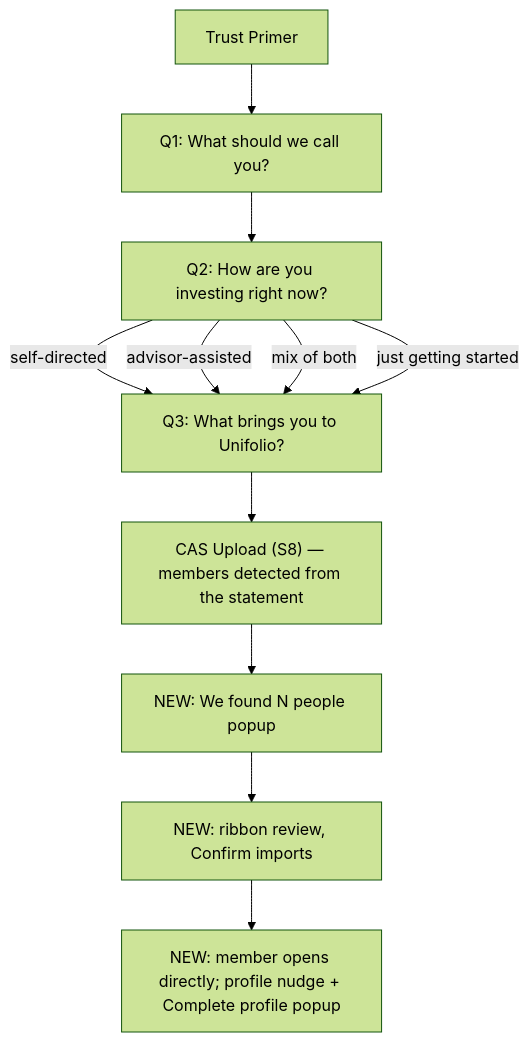
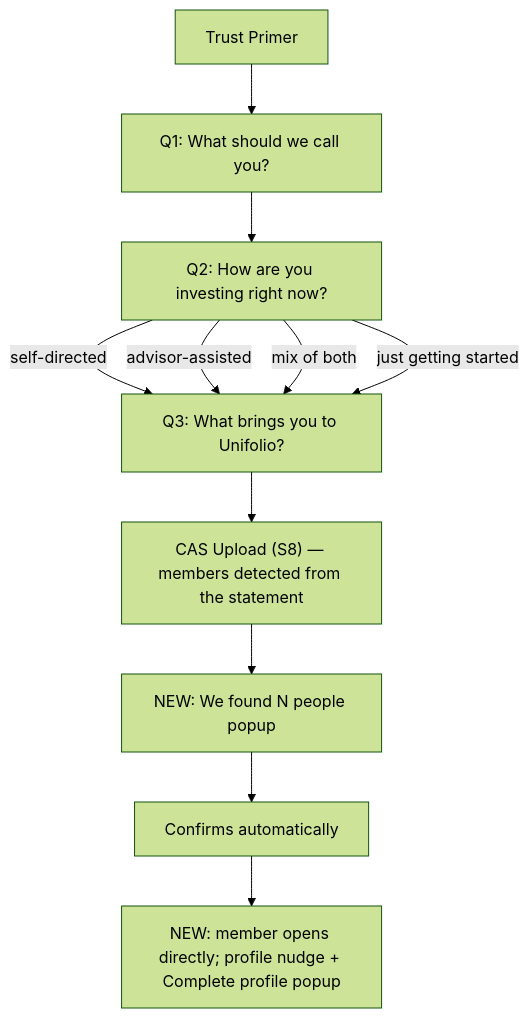
Before and after one commit to ayushkarnawat/MVP_V1_MF_only: the second of 4 diagrams in Docs/PRDs/App-Flow-Unifolio.md, drawn with Mermaid (forest theme). The commit also changed other lines of this file and 8 other files, not shown here.

````diff
--- a/Docs/PRDs/App-Flow-Unifolio.md
+++ b/Docs/PRDs/App-Flow-Unifolio.md
@@ -108,13 +107,13 @@
 ```mermaid
 %% Expands S2-S8/S24-S26 with the exact branching logic from PRD-02
 flowchart TD
     T["Trust Primer"] --> Q1["Q1: What should we call you?"]
     Q1 --> Q2["Q2: How are you investing right now?"]
     Q2 -- "self-directed" --> Q3
     Q2 -- "advisor-assisted" --> Q3
     Q2 -- "mix of both" --> Q3
     Q2 -- "just getting started" --> Q3["Q3: What brings you to Unifolio?"]
     Q3 --> Import["CAS Upload (S8) — members detected from the statement"]
-    Import --> People["NEW: We found N people popup"] --> Ribbons["NEW: ribbon review, Confirm imports"]
+    Import --> People["NEW: We found N people popup"] --> Ribbons["Confirms automatically"]
     Ribbons --> Unlock["NEW: member opens directly; profile nudge + Complete profile popup"]
 ```
````
